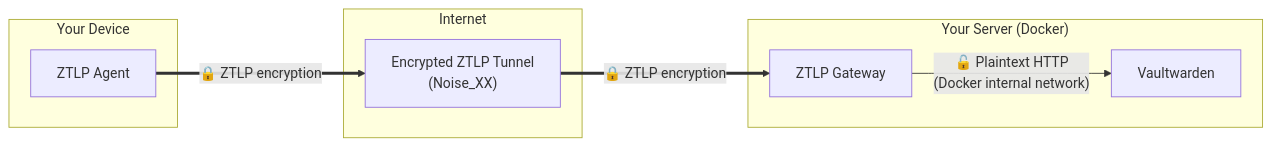
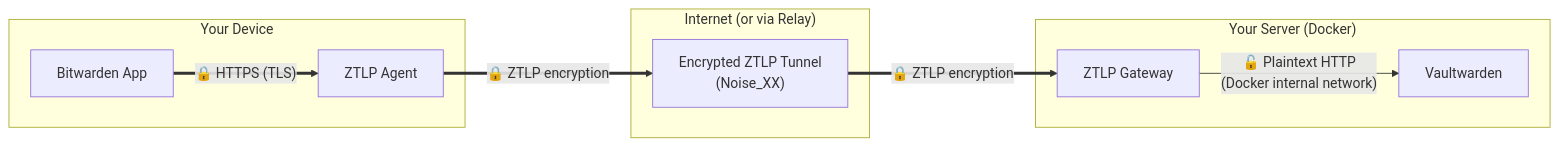
Before and after one commit to priceflex/ztlp: the fifth of 6 diagrams in examples/vaultwarden/README.md, drawn with Mermaid. The commit also changed other lines of this file, not shown here.

Commit message:
docs: update Vaultwarden diagram — double encryption, relay in traffic flow, auto cert provisioning

````diff
--- a/examples/vaultwarden/README.md
+++ b/examples/vaultwarden/README.md
@@ -440,19 +501,21 @@
 ```mermaid
 graph LR
     subgraph Client["Your Device"]
+        App["Bitwarden App"]
         Agent["ZTLP Agent"]
     end
 
-    subgraph Tunnel["Internet"]
+    subgraph Tunnel["Internet (or via Relay)"]
         T["Encrypted ZTLP Tunnel<br/>(Noise_XX)"]
     end
 
     subgraph Server["Your Server (Docker)"]
         GW["ZTLP Gateway"]
         VW["Vaultwarden"]
     end
 
+    App ==>|"🔒 HTTPS (TLS)"| Agent
     Agent ==>|"🔒 ZTLP encryption"| T
     T ==>|"🔒 ZTLP encryption"| GW
     GW -->|"🔓 Plaintext HTTP<br/>(Docker internal network)"| VW
 ```
````
